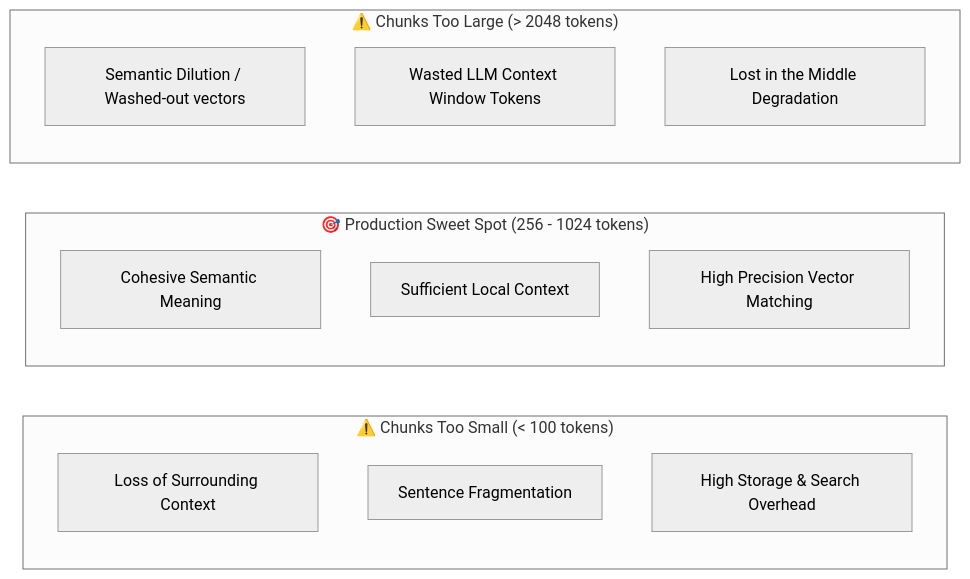
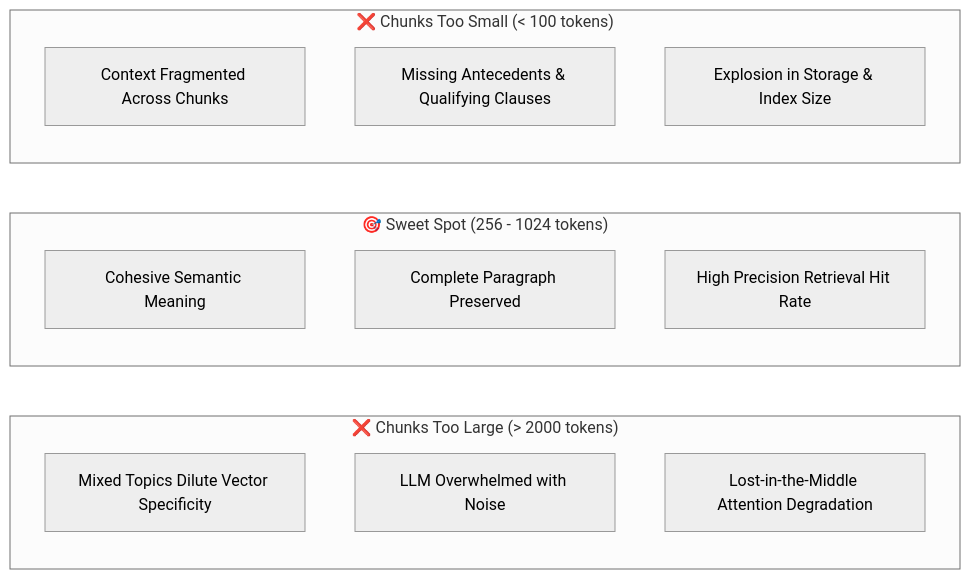
The fourth of 31 diagrams in RAG/01_RAG_30_Questions.md (Nishant8826/theory-leaning), drawn with Mermaid (neutral theme) before and after one commit. The commit also changed other lines of this file and 2 other files, not shown here.

````diff
--- a/RAG/01_RAG_30_Questions.md
+++ b/RAG/01_RAG_30_Questions.md
@@ -334,20 +308,20 @@
 ```mermaid
 flowchart LR
-    subgraph Too_Small["⚠️ Chunks Too Small (< 100 tokens)"]
-        A1[Loss of Surrounding Context]
-        A2[Sentence Fragmentation]
-        A3[High Storage & Search Overhead]
+    subgraph Too_Large["❌ Chunks Too Large (> 2000 tokens)"]
+        L1[Mixed Topics Dilute Vector Specificity]
+        L2[LLM Overwhelmed with Noise]
+        L3[Lost-in-the-Middle Attention Degradation]
     end
 
-    subgraph Sweet_Spot["🎯 Production Sweet Spot (256 - 1024 tokens)"]
-        B1[Cohesive Semantic Meaning]
-        B2[Sufficient Local Context]
-        B3[High Precision Vector Matching]
+    subgraph Sweet_Spot["🎯 Sweet Spot (256 - 1024 tokens)"]
+        S1[Cohesive Semantic Meaning]
+        S2[Complete Paragraph Preserved]
+        S3[High Precision Retrieval Hit Rate]
     end
 
-    subgraph Too_Large["⚠️ Chunks Too Large (> 2048 tokens)"]
-        C1[Semantic Dilution / Washed-out vectors]
-        C2[Wasted LLM Context Window Tokens]
-        C3[Lost in the Middle Degradation]
+    subgraph Too_Small["❌ Chunks Too Small (< 100 tokens)"]
+        M1[Context Fragmented Across Chunks]
+        M2[Missing Antecedents & Qualifying Clauses]
+        M3[Explosion in Storage & Index Size]
     end
 ```
````
